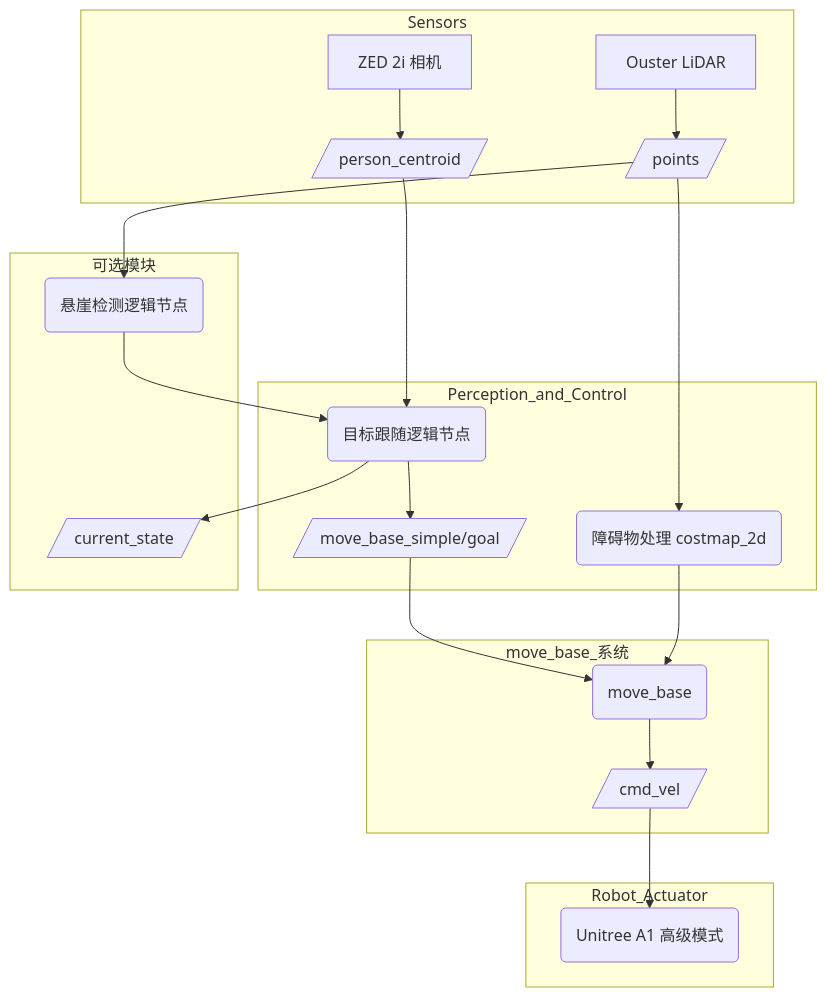
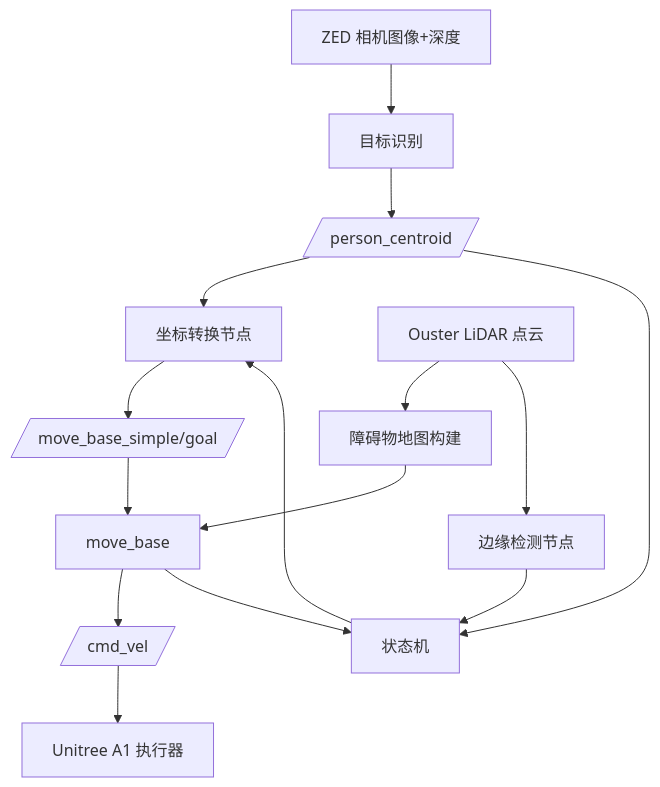
The diagram in all/未命名.md (RenhongLiu/iodraw-files), drawn with Mermaid before and after one commit.

Commit message:
2025-04-11 18:33:07 update

````diff
--- a/all/未命名.md
+++ b/all/未命名.md
@@ -1,30 +1,19 @@
 ```mermaid
 graph TD
-    subgraph Sensors
-        ZED[ZED 2i 相机] --> PERSON[/person_centroid/]
-        LIDAR[Ouster LiDAR] --> POINTS[/points/]
-    end
+    ZED[ZED 相机图像+深度] --> ZED_PROC[目标识别]
+    ZED_PROC --> CENTROID[/person_centroid/]
+    CENTROID --> TRANSFORM[坐标转换节点]
+    TRANSFORM --> GOAL[/move_base_simple/goal/]
 
-    subgraph Perception_and_Control
-        PERSON --> FOLLOW_LOGIC(目标跟随逻辑节点)
-        POINTS --> COSTMAP(障碍物处理 costmap_2d)
-        FOLLOW_LOGIC --> GOAL[/move_base_simple/goal/]
-    end
+    LIDAR[Ouster LiDAR 点云] --> COSTMAP[障碍物地图构建]
+    COSTMAP --> MOVEBASE[move_base]
+    GOAL --> MOVEBASE
+    MOVEBASE --> CMD[/cmd_vel/]
+    CMD --> ROBOT[Unitree A1 执行器]
 
-    subgraph move_base_系统
-        GOAL --> MB(move_base)
-        COSTMAP --> MB
-        MB --> CMD[/cmd_vel/]
-    end
-
-    subgraph Robot_Actuator
-        CMD --> A1(Unitree A1 高级模式)
-    end
-
-    subgraph 可选模块
-        FOLLOW_LOGIC --> STATE[/current_state/]
-        POINTS --> EDGE(悬崖检测逻辑节点)
-        EDGE --> FOLLOW_LOGIC
-    end
+    MOVEBASE --> STATE_MACHINE[状态机]
+    CENTROID --> STATE_MACHINE
+    LIDAR --> EDGE_DETECTOR[边缘检测节点] --> STATE_MACHINE
+    STATE_MACHINE --> TRANSFORM
 
 ```
````
